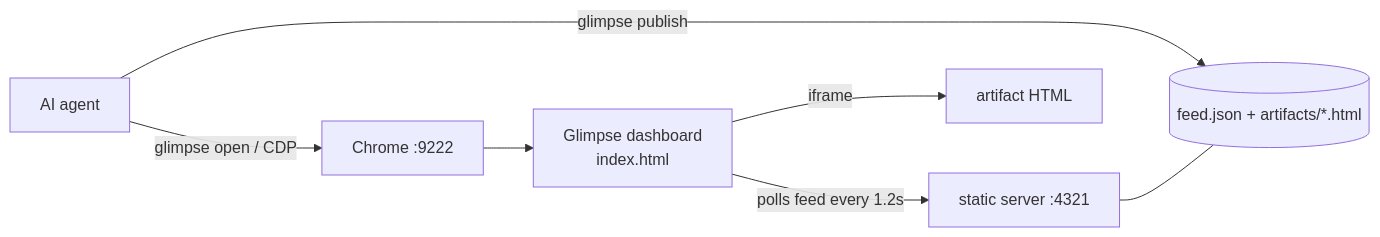
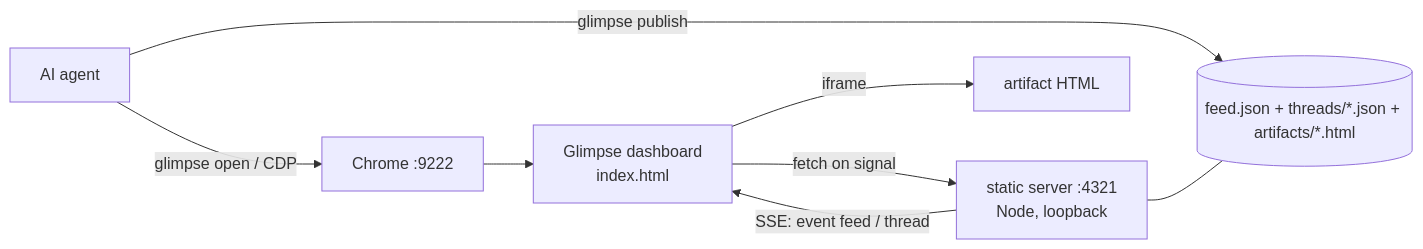
Before and after one commit to YushengAuggie/glimpse: the diagram in docs/DESIGN.md, drawn with Mermaid. The commit also changed other lines of this file and 6 other files, not shown here.

````diff
--- a/docs/DESIGN.md
+++ b/docs/DESIGN.md
@@ -36,9 +36,10 @@
 ```mermaid
 flowchart LR
-  A[AI agent] -->|glimpse publish| F[(feed.json + artifacts/*.html)]
-  S[static server :4321] --- F
-  D[Glimpse dashboard\nindex.html] -->|polls feed every 1.2s| S
+  A[AI agent] -->|glimpse publish| F[(feed.json + threads/*.json + artifacts/*.html)]
+  S[static server :4321\nNode, loopback] --- F
+  S -->|SSE: event feed / thread| D[Glimpse dashboard\nindex.html]
+  D -->|fetch on signal| S
   D -->|iframe| ART[artifact HTML]
   A -->|glimpse open / CDP| C[Chrome :9222]
   C --> D
 ```
````
